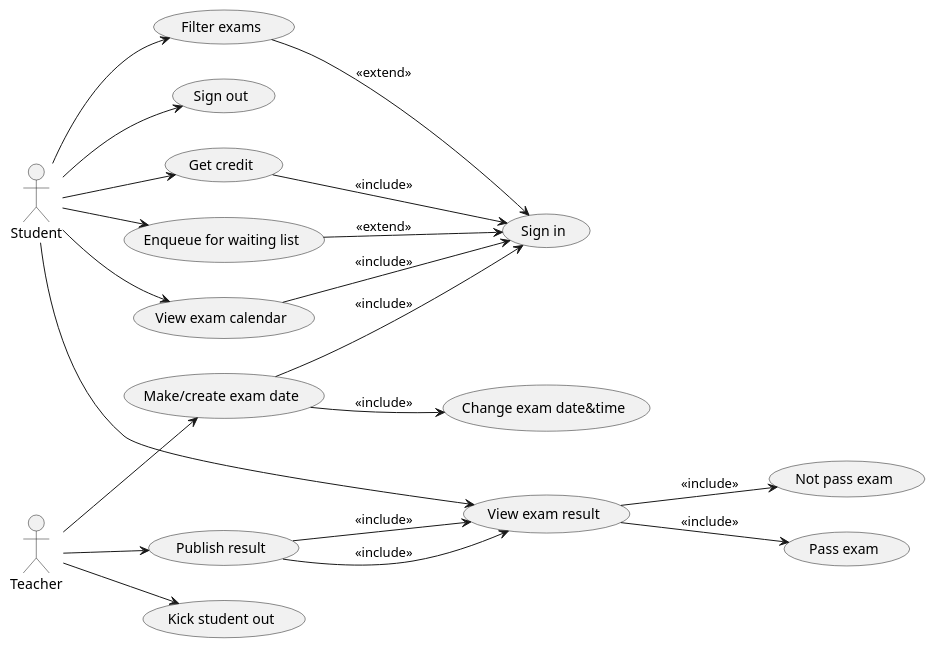
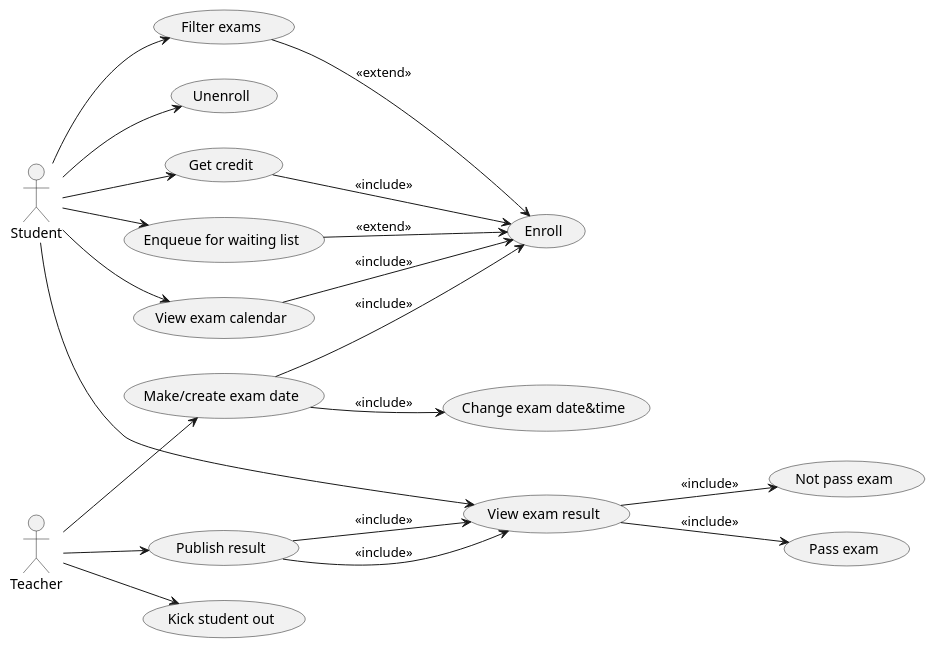
Before and after one commit to Shadije/nswi041-exams: the first of 2 diagrams in seminar-work.md, drawn with PlantUML. The commit also changed 1 other file, not shown here.

Commit message:
add use case scenarios

````diff
--- a/seminar-work.md
+++ b/seminar-work.md
@@ -43,42 +43,42 @@
 ```plantuml
 @startuml
 left to right direction
 actor Student as s
 actor Teacher as t
-usecase "Sign in" as SI
+usecase "Enroll" as SI
 usecase "Get credit" as GC1
 usecase "Enqueue for waiting list" as QWL1
 usecase "View exam calendar" as VEC1
 usecase "Filter exams" as FE1
 usecase "View exam result" as VER1
-usecase "Sign out" as SO1
+usecase "Unenroll" as SO1
 usecase "Kick student out" as KSO1
 usecase "Publish result" as PR
 usecase "Make/create exam date" as MED
 usecase "Change exam date&time" as CED
 usecase "Not pass exam" as NPE
 usecase "Pass exam" as PE
  
 s --> GC1
 s --> QWL1
 s --> VEC1
 s --> FE1
 s --> VER1
 s --> SO1
 
 VER1 --> NPE : <<include>>
 VER1 --> PE : <<include>>
 GC1 --> SI : <<include>>
 VEC1 --> SI : <<include>>
 FE1 --> SI : <<extend>>
 QWL1 --> SI : <<extend>>
 MED --> SI : <<include>>
 PR --> VER1 : <<include>>
 PR --> VER1 : <<include>>
 MED --> CED : <<include>>
 
 t --> KSO1
 t --> PR
 t --> MED
 @enduml
 ```
````
